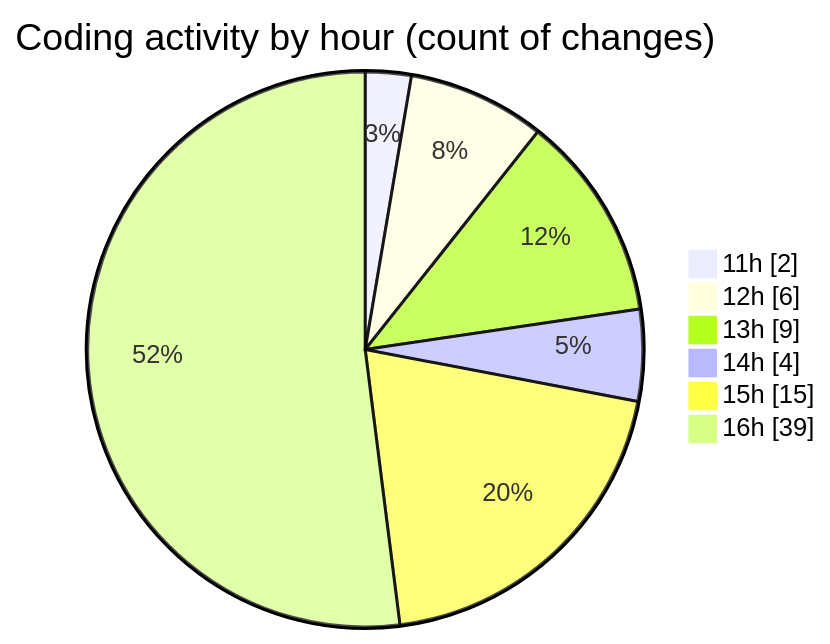
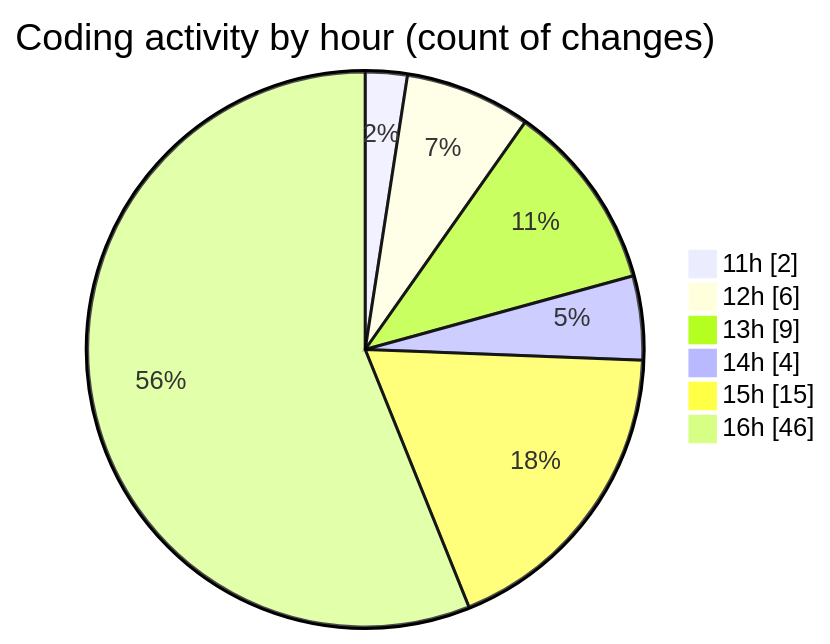
Before and after one commit to nxtqubesakshisongat/code-tracking: the second of 2 diagrams in 2025-06-30/argos/README.md, drawn with Mermaid. The commit also changed other lines of this file and 1 other file, not shown here.

````diff
--- a/2025-06-30/argos/README.md
+++ b/2025-06-30/argos/README.md
@@ -34,10 +34,10 @@
 ```mermaid
 pie showData
 title Coding activity by hour (count of changes)
 "11h" : 2
 "12h" : 6
 "13h" : 9
 "14h" : 4
 "15h" : 15
-"16h" : 39
+"16h" : 46
 ```
````
